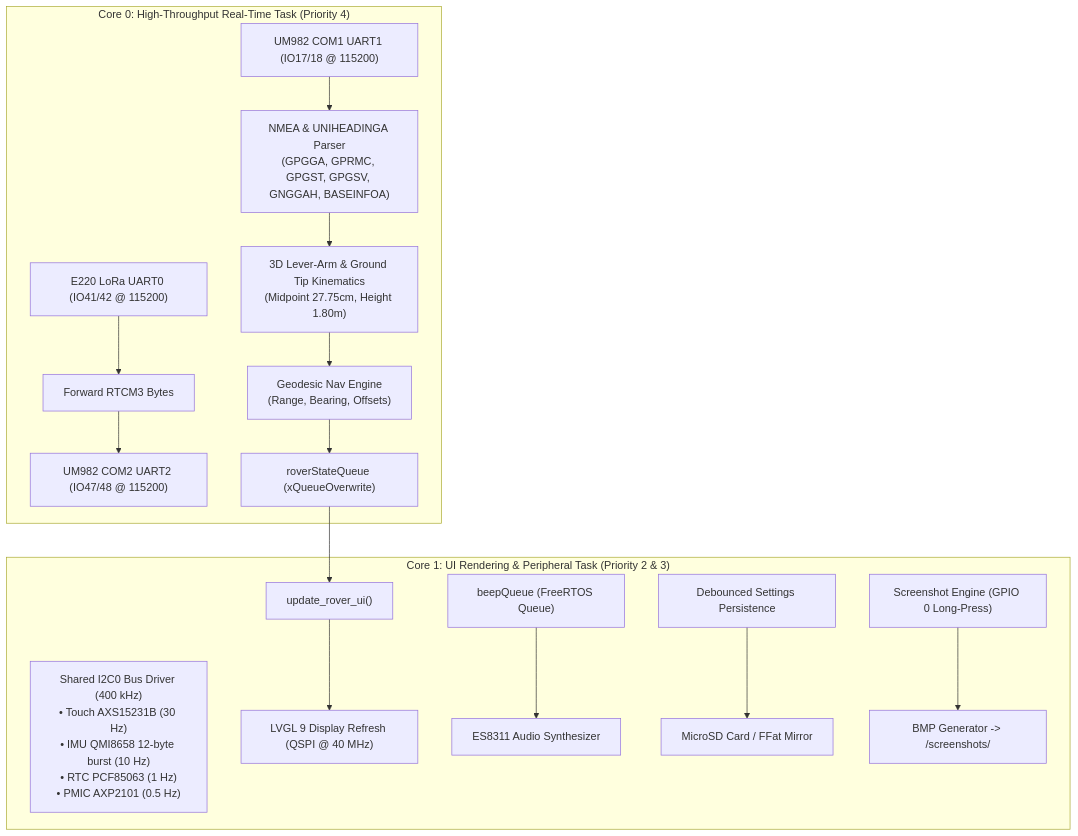
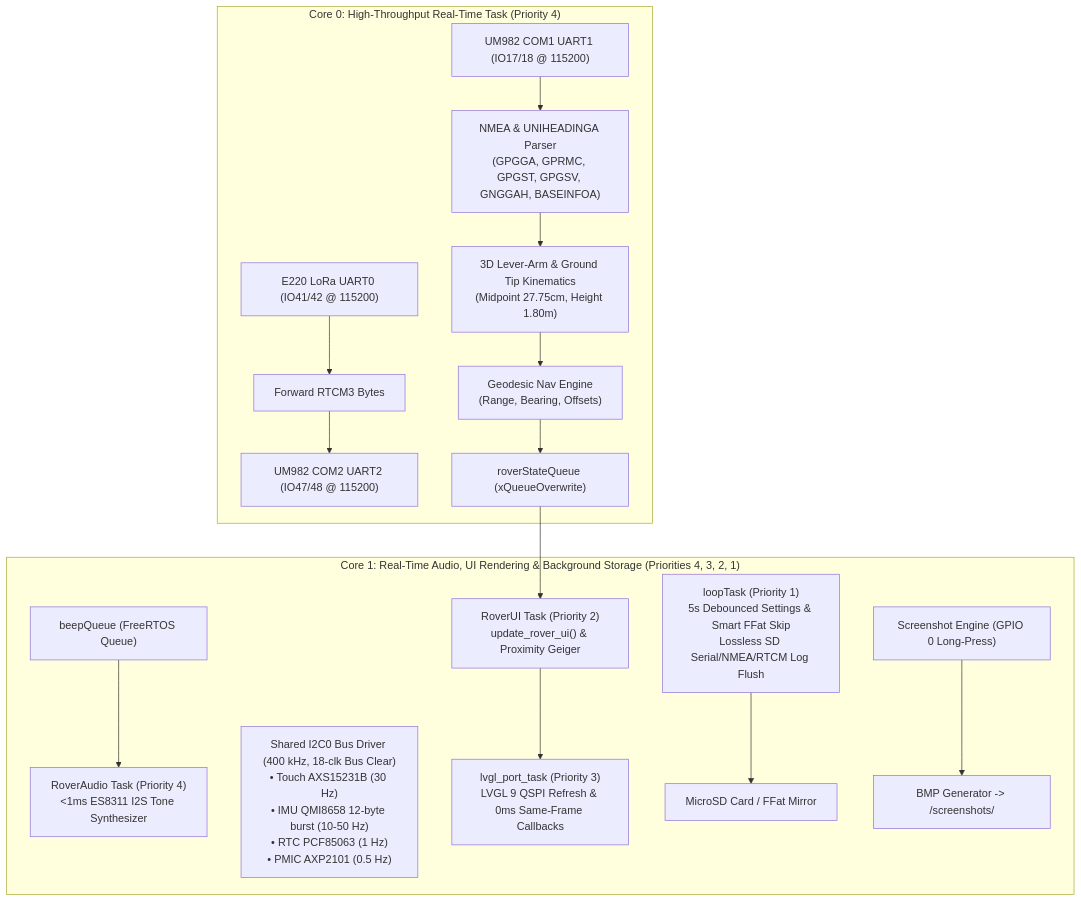
The diagram in README.md (rguilmet/RTK-Rover), drawn with Mermaid before and after one commit. The commit also changed other lines of this file and 8 other files, not shown here.

````diff
--- a/README.md
+++ b/README.md
@@ -149,20 +160,20 @@
 ```mermaid
 flowchart TD
     subgraph Core0["Core 0: High-Throughput Real-Time Task (Priority 4)"]
         E220_RX["E220 LoRa UART0 (IO41/42 @ 115200)"] --> RTCM_FWD["Forward RTCM3 Bytes"]
         RTCM_FWD --> COM2_TX["UM982 COM2 UART2 (IO47/48 @ 115200)"]
         COM1_RX["UM982 COM1 UART1 (IO17/18 @ 115200)"] --> NMEA_PARSE["NMEA & UNIHEADINGA Parser\n(GPGGA, GPRMC, GPGST, GPGSV, GNGGAH, BASEINFOA)"]
         NMEA_PARSE --> KINEMATICS["3D Lever-Arm & Ground Tip Kinematics\n(Midpoint 27.75cm, Height 1.80m)"]
         KINEMATICS --> NAV_ENGINE["Geodesic Nav Engine\n(Range, Bearing, Offsets)"]
         NAV_ENGINE --> QUEUE["roverStateQueue (xQueueOverwrite)"]
     end
 
-    subgraph Core1["Core 1: UI Rendering & Peripheral Task (Priority 2 & 3)"]
-        QUEUE --> UI_UPDATE["update_rover_ui()"]
-        I2C_POLL["Shared I2C0 Bus Driver (400 kHz)\n• Touch AXS15231B (30 Hz)\n• IMU QMI8658 12-byte burst (10 Hz)\n• RTC PCF85063 (1 Hz)\n• PMIC AXP2101 (0.5 Hz)"]
-        UI_UPDATE --> LVGL["LVGL 9 Display Refresh (QSPI @ 40 MHz)"]
-        AUDIO_QUEUE["beepQueue (FreeRTOS Queue)"] --> CODEC["ES8311 Audio Synthesizer"]
-        SETTINGS["Debounced Settings Persistence"] --> STORAGE["MicroSD Card / FFat Mirror"]
+    subgraph Core1["Core 1: Real-Time Audio, UI Rendering & Background Storage (Priorities 4, 3, 2, 1)"]
+        AUDIO_QUEUE["beepQueue (FreeRTOS Queue)"] --> CODEC["RoverAudio Task (Priority 4)\n<1ms ES8311 I2S Tone Synthesizer"]
+        QUEUE --> UI_UPDATE["RoverUI Task (Priority 2)\nupdate_rover_ui() & Proximity Geiger"]
+        I2C_POLL["Shared I2C0 Bus Driver (400 kHz, 18-clk Bus Clear)\n• Touch AXS15231B (30 Hz)\n• IMU QMI8658 12-byte burst (10-50 Hz)\n• RTC PCF85063 (1 Hz)\n• PMIC AXP2101 (0.5 Hz)"]
+        UI_UPDATE --> LVGL["lvgl_port_task (Priority 3)\nLVGL 9 QSPI Refresh & 0ms Same-Frame Callbacks"]
+        SETTINGS["loopTask (Priority 1)\n5s Debounced Settings & Smart FFat Skip\nLossless SD Serial/NMEA/RTCM Log Flush"] --> STORAGE["MicroSD Card / FFat Mirror"]
         SCREENSHOT["Screenshot Engine (GPIO 0 Long-Press)"] --> BMP_OUT["BMP Generator -> /screenshots/"]
     end
 ```
````
